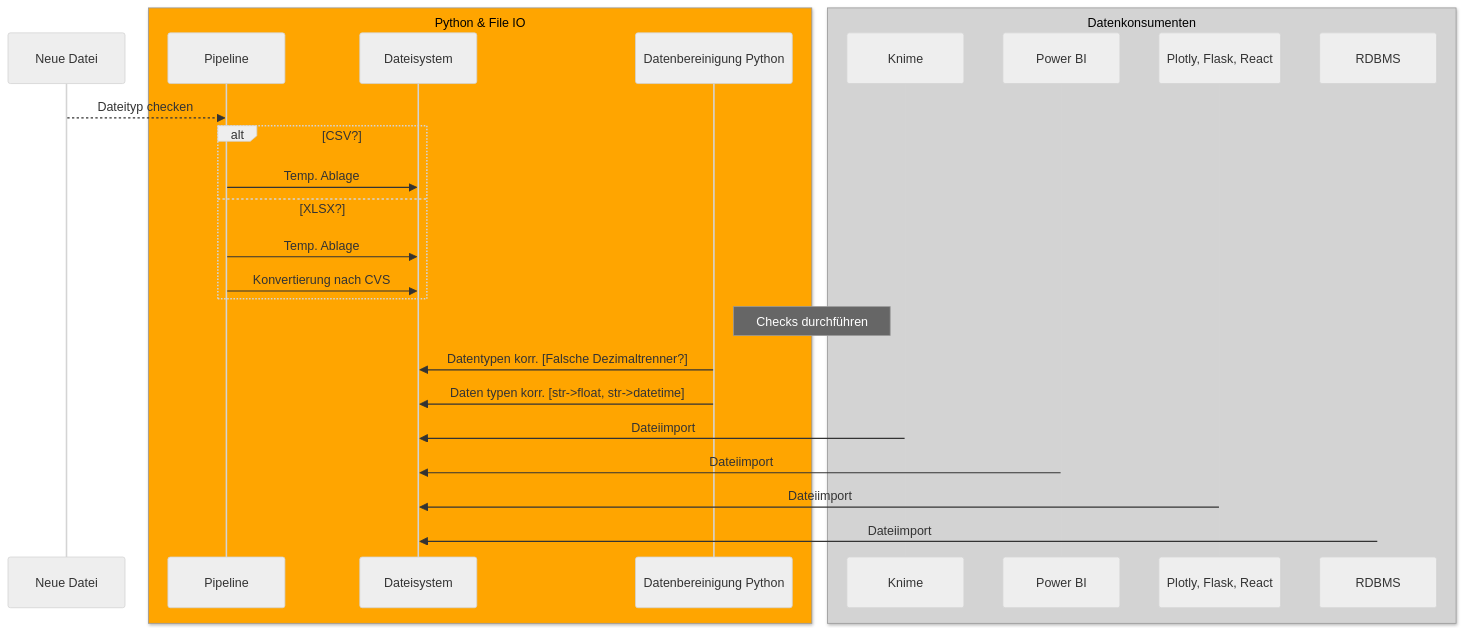
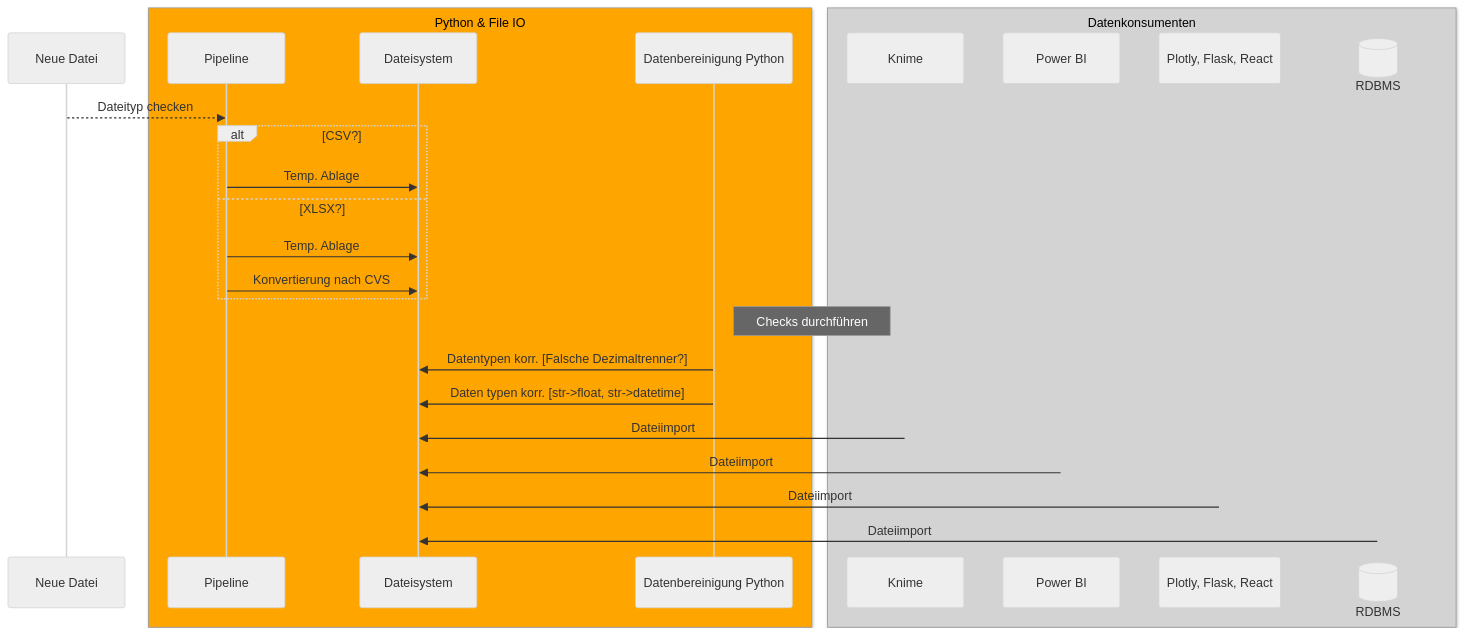
One commit to nevsglueckauf/wq changed the diagram in Documentation/Data_Quality.md. Above: the diagram before and after it, drawn with Mermaid (neutral theme).

Commit message:
Dokumentation zur Datenbereinigung

````diff
--- a/Documentation/Data_Quality.md
+++ b/Documentation/Data_Quality.md
@@ -7,37 +7,37 @@
 ```mermaid
 sequenceDiagram
     participant inp as Neue Datei
     box ORANGE  Python &  File IO
     participant pipe as Pipeline
     participant fs as Dateisystem
     participant sanitizer as Datenbereinigung Python
     end 
 
     box lightgray  Datenkonsumenten
     participant knime as Knime
     participant pbi as Power BI
     participant dash as Plotly, Flask, React
-    participant sql as RDBMS
+    participant RDBMS@{ "type" : "database" }
     end 
 
     inp-->>pipe: Dateityp checken
      alt CSV?
             pipe->>fs: Temp. Ablage
      else XLSX?
             pipe->>fs: Temp. Ablage
             pipe->>fs: Konvertierung nach CVS
     end
     Note right of sanitizer: Checks durchführen
     sanitizer->>fs: Datentypen korr. [Falsche Dezimaltrenner?]
     sanitizer->>fs: Daten typen korr. [str->float, str->datetime]
 
     knime->>fs: Dateiimport
     pbi->>fs: Dateiimport
     dash->>fs: Dateiimport
-    sql->>fs: Dateiimport
+    RDBMS->>fs: Dateiimport
     
     
 
     
 
 ```
````
